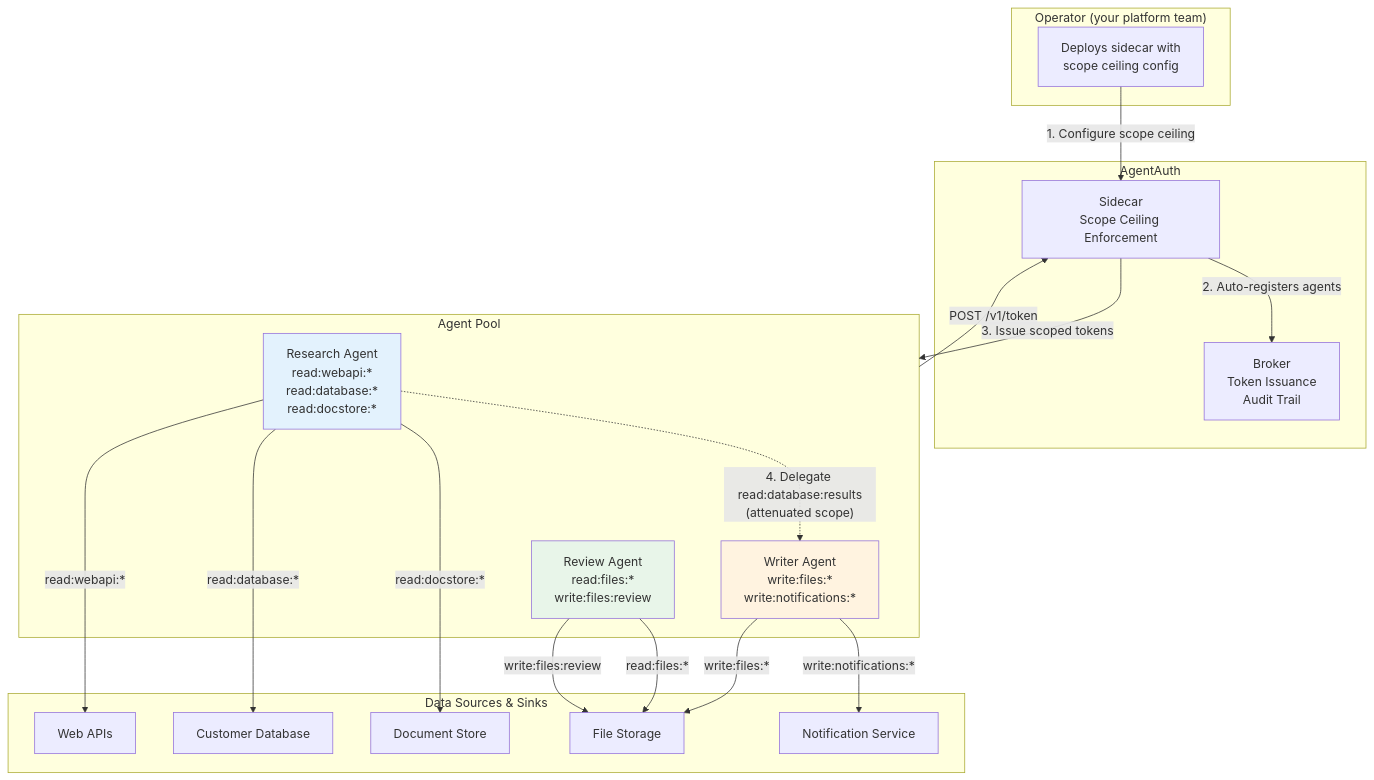
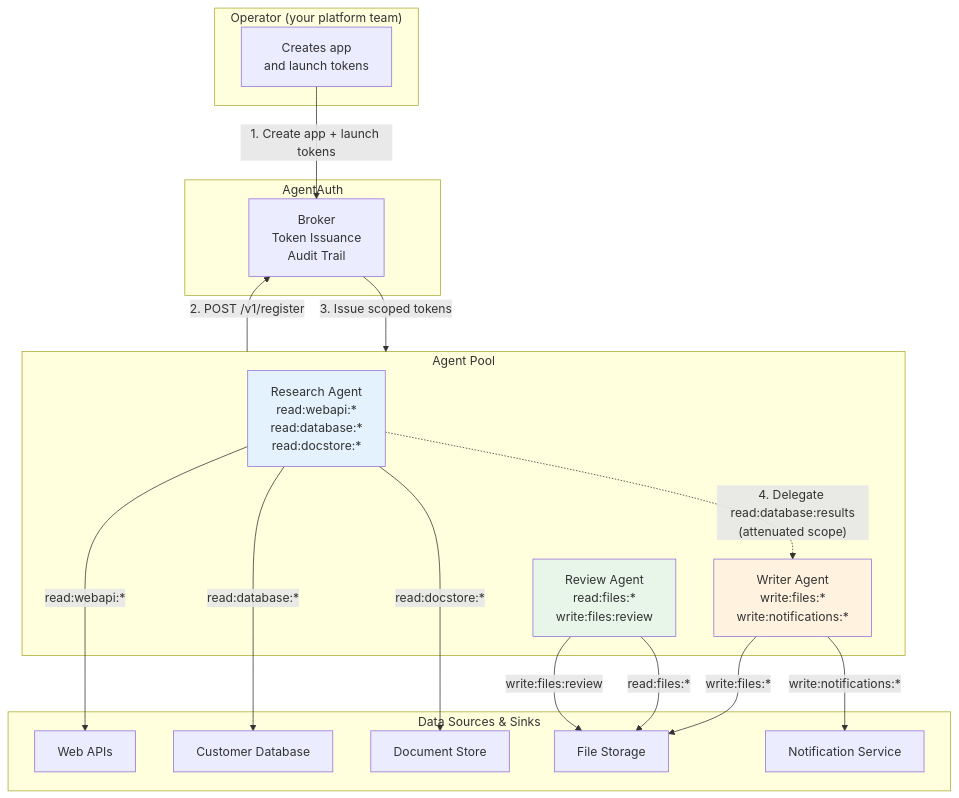
Before and after one commit to devonartis/agentwrit: the diagram in docs/examples/data-pipeline.md, drawn with Mermaid. The commit also changed other lines of this file and 21 other files, not shown here.

````diff
--- a/docs/examples/data-pipeline.md
+++ b/docs/examples/data-pipeline.md
@@ -17,46 +17,44 @@
 ```mermaid
 flowchart TB
     subgraph operator["Operator (your platform team)"]
-        O["Deploys sidecar with<br/>scope ceiling config"]
+        O["Creates app<br/>and launch tokens"]
     end
 
     subgraph agentauth["AgentAuth"]
-        SC["Sidecar<br/>Scope Ceiling Enforcement"]
         B["Broker<br/>Token Issuance<br/>Audit Trail"]
     end
 
     subgraph agents["Agent Pool"]
         R["Research Agent<br/>read:webapi:*<br/>read:database:*<br/>read:docstore:*"]
         W["Writer Agent<br/>write:files:*<br/>write:notifications:*"]
         V["Review Agent<br/>read:files:*<br/>write:files:review"]
     end
 
     subgraph resources["Data Sources & Sinks"]
         API["Web APIs"]
         DB["Customer Database"]
         DS["Document Store"]
         FS["File Storage"]
         NF["Notification Service"]
     end
 
-    O -->|"1. Configure scope ceiling"| SC
-    SC -->|"2. Auto-registers agents"| B
-    agents -->|"POST /v1/token"| SC
-    SC -->|"3. Issue scoped tokens"| agents
+    O -->|"1. Create app + launch tokens"| B
+    agents -->|"2. POST /v1/register"| B
+    B -->|"3. Issue scoped tokens"| agents
 
     R -->|"read:webapi:*"| API
     R -->|"read:database:*"| DB
     R -->|"read:docstore:*"| DS
 
     R -.->|"4. Delegate read:database:results<br/>(attenuated scope)"| W
 
     W -->|"write:files:*"| FS
     W -->|"write:notifications:*"| NF
 
     V -->|"read:files:*"| FS
     V -->|"write:files:review"| FS
 
     style R fill:#e3f2fd
     style W fill:#fff3e0
     style V fill:#e8f5e9
 ```
````
